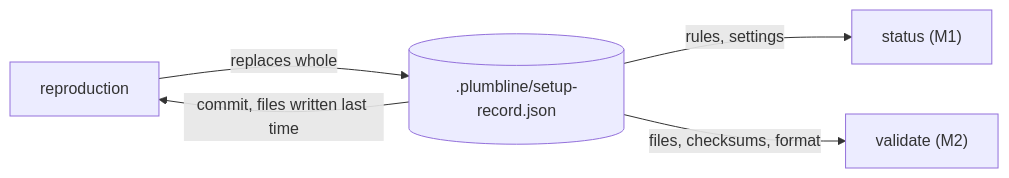
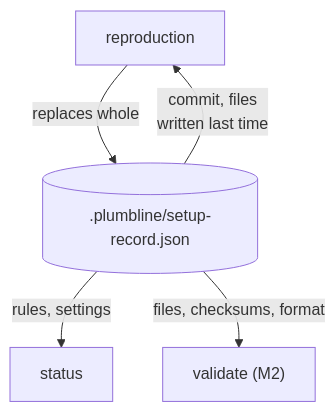
Before and after one commit to jheun66/plumbline: the third of 3 diagrams in docs/design/setup-record.md, drawn with Mermaid. The commit also changed other lines of this file and 13 other files, not shown here.

````diff
--- a/docs/design/setup-record.md
+++ b/docs/design/setup-record.md
@@ -223,7 +223,7 @@
 ```mermaid
-flowchart LR
+flowchart TB
   R["reproduction"] -->|"replaces whole"| S[(".plumbline/setup-record.json")]
-  S -->|"rules, settings"| T["status (M1)"]
+  S -->|"commit, files<br/>written last time"| R
+  S -->|"rules, settings"| T["status"]
   S -->|"files, checksums, format"| V["validate (M2)"]
-  S -->|"commit, files written last time"| R
 ```
````
